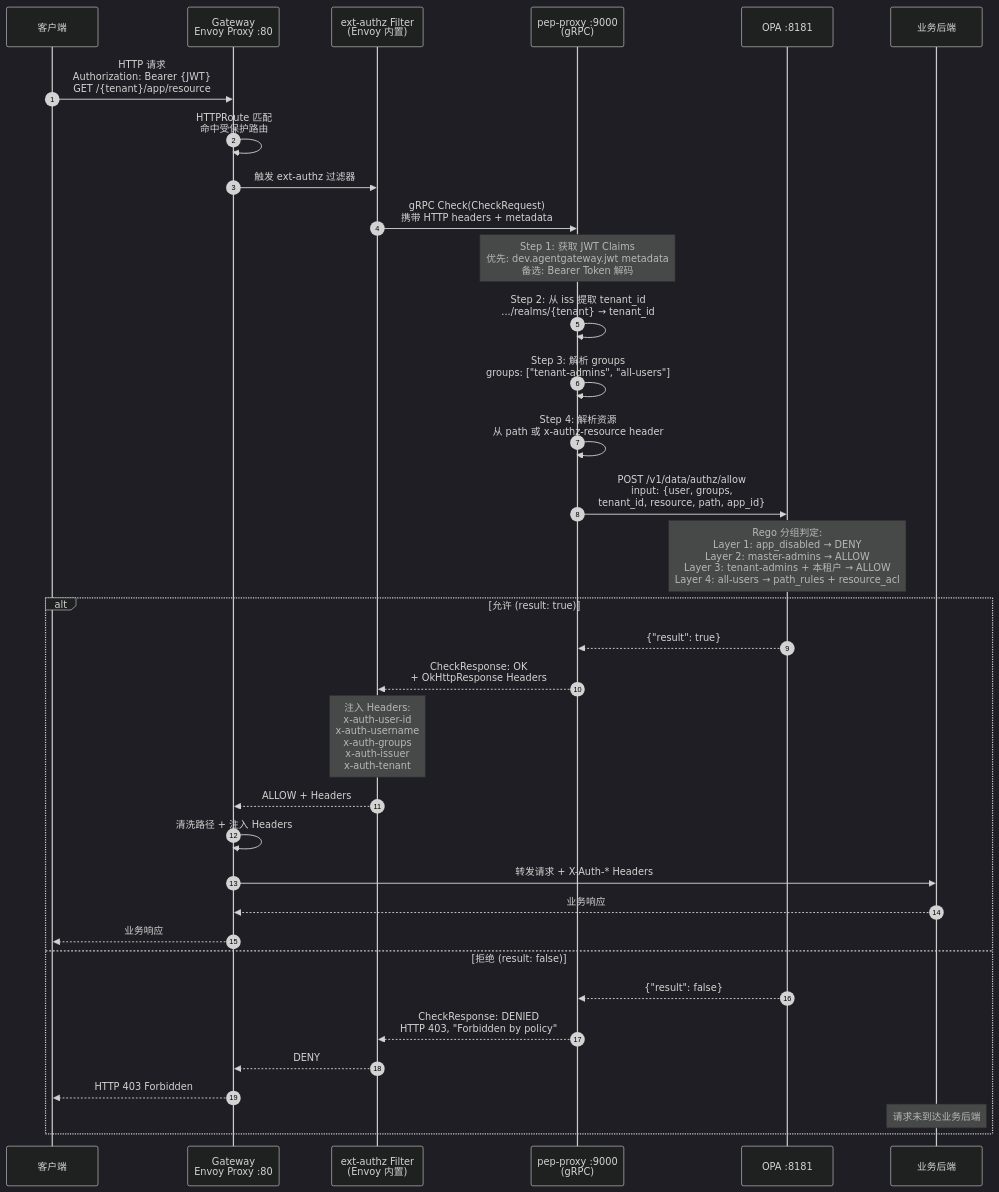
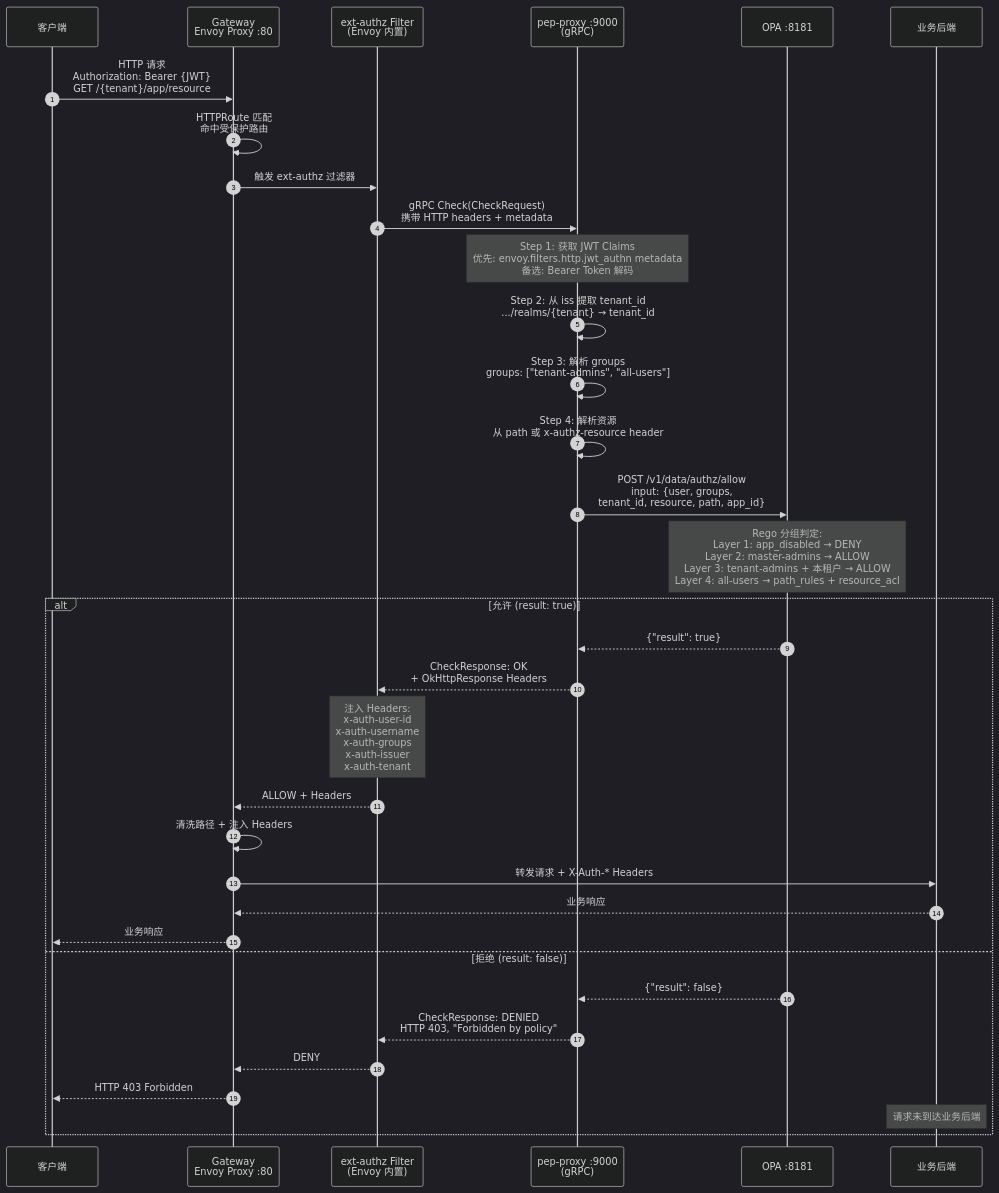
Before and after one commit to xiewanchao/aidp-iam: diagram 12 of 17 in da-cluster/docs/design-specification.md, drawn with Mermaid (dark theme). The commit also changed other lines of this file and 47 other files, not shown here.

````diff
--- a/da-cluster/docs/design-specification.md
+++ b/da-cluster/docs/design-specification.md
@@ -754,47 +754,47 @@
 ```mermaid
 sequenceDiagram
     autonumber
     participant Client as 客户端
     participant GW as Gateway<br/>Envoy Proxy :80
     participant Filter as ext-authz Filter<br/>(Envoy 内置)
     participant PEP as pep-proxy :9000<br/>(gRPC)
     participant OPA as OPA :8181
     participant Backend as 业务后端
 
     Client->>GW: HTTP 请求<br/>Authorization: Bearer {JWT}<br/>GET /{tenant}/app/resource
 
     GW->>GW: HTTPRoute 匹配<br/>命中受保护路由
 
     GW->>Filter: 触发 ext-authz 过滤器
 
     Filter->>PEP: gRPC Check(CheckRequest)<br/>携带 HTTP headers + metadata
 
-    Note over PEP: Step 1: 获取 JWT Claims<br/>优先: dev.agentgateway.jwt metadata<br/>备选: Bearer Token 解码
+    Note over PEP: Step 1: 获取 JWT Claims<br/>优先: envoy.filters.http.jwt_authn metadata<br/>备选: Bearer Token 解码
 
     PEP->>PEP: Step 2: 从 iss 提取 tenant_id<br/>.../realms/{tenant} → tenant_id
 
     PEP->>PEP: Step 3: 解析 groups<br/>groups: ["tenant-admins", "all-users"]
 
     PEP->>PEP: Step 4: 解析资源<br/>从 path 或 x-authz-resource header
 
     PEP->>OPA: POST /v1/data/authz/allow<br/>input: {user, groups,<br/>tenant_id, resource, path, app_id}
 
     Note over OPA: Rego 分组判定:<br/>Layer 1: app_disabled → DENY<br/>Layer 2: master-admins → ALLOW<br/>Layer 3: tenant-admins + 本租户 → ALLOW<br/>Layer 4: all-users → path_rules + resource_acl
 
     alt 允许 (result: true)
         OPA-->>PEP: {"result": true}
         PEP-->>Filter: CheckResponse: OK<br/>+ OkHttpResponse Headers
         Note over Filter: 注入 Headers:<br/>x-auth-user-id<br/>x-auth-username<br/>x-auth-groups<br/>x-auth-issuer<br/>x-auth-tenant
         Filter-->>GW: ALLOW + Headers
         GW->>GW: 清洗路径 + 注入 Headers
         GW->>Backend: 转发请求 + X-Auth-* Headers
         Backend-->>GW: 业务响应
         GW-->>Client: 业务响应
     else 拒绝 (result: false)
         OPA-->>PEP: {"result": false}
         PEP-->>Filter: CheckResponse: DENIED<br/>HTTP 403, "Forbidden by policy"
         Filter-->>GW: DENY
         GW-->>Client: HTTP 403 Forbidden
         Note over Backend: 请求未到达业务后端
     end
 ```
````
